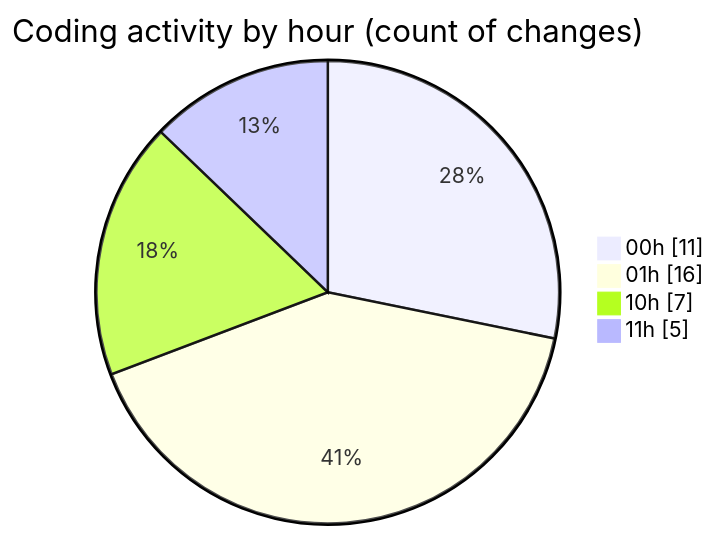
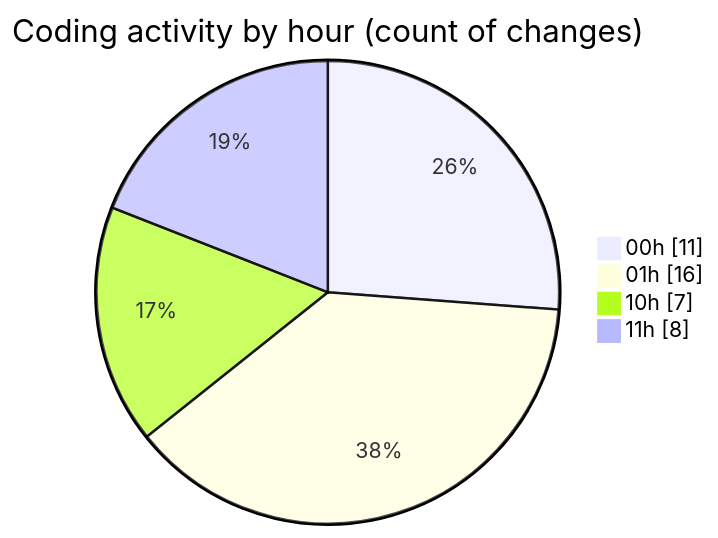
The second of 2 diagrams in 2025-10-11/eventscop-frontend-guide__workspace_/README.md (julien-gomy/code-tracking), drawn with Mermaid before and after one commit. The commit also changed other lines of this file and 1 other file, not shown here.

````diff
--- a/2025-10-11/eventscop-frontend-guide__workspace_/README.md
+++ b/2025-10-11/eventscop-frontend-guide__workspace_/README.md
@@ -42,8 +42,8 @@
 ```mermaid
 pie showData
 title Coding activity by hour (count of changes)
 "00h" : 11
 "01h" : 16
 "10h" : 7
-"11h" : 5
+"11h" : 8
 ```
````
